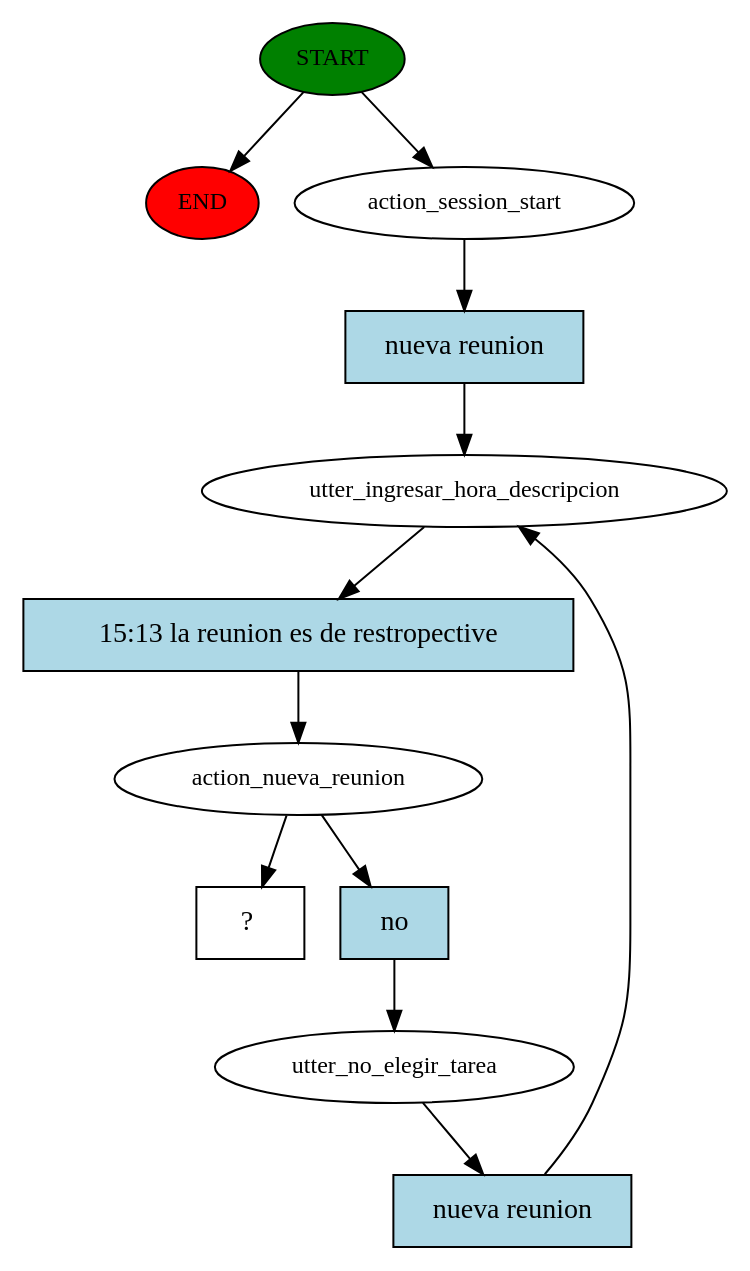
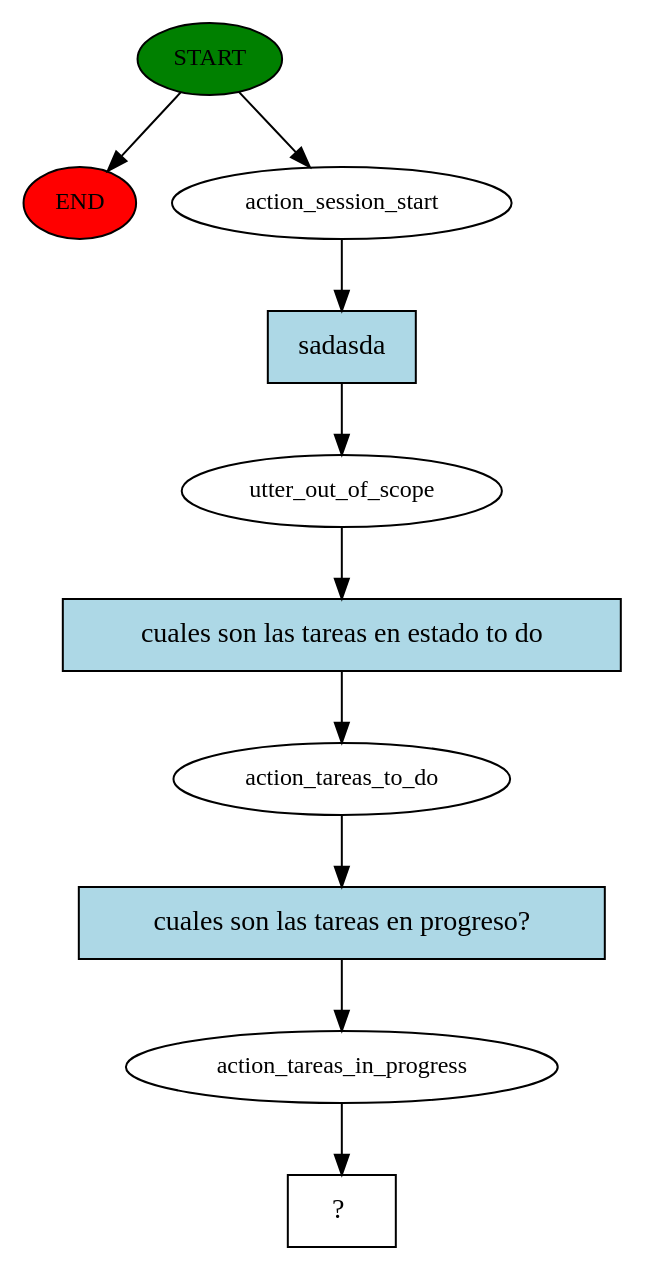
One commit to TinchoLorenzo/chatbot-artemisas-swan changed the diagram in story_graph.dot. Above: the diagram before and after it, drawn with Graphviz. The commit also changed 6 other files, not shown here.

```diff
--- a/story_graph.dot
+++ b/story_graph.dot
@@ -1,24 +1,21 @@
 digraph  {
 0 [class="start active", fillcolor=green, fontsize=12, label=START, style=filled];
 "-1" [class=end, fillcolor=red, fontsize=12, label=END, style=filled];
 1 [class=active, fontsize=12, label=action_session_start];
-2 [class=active, fontsize=12, label=utter_ingresar_hora_descripcion];
-3 [class=active, fontsize=12, label=action_nueva_reunion];
-4 [class=active, fontsize=12, label=utter_no_elegir_tarea];
-7 [class="intent dashed active", label="  ?  ", shape=rect];
-8 [class="intent active", fillcolor=lightblue, label="nueva reunion", shape=rect, style=filled];
-9 [class="intent active", fillcolor=lightblue, label="15:13 la reunion es de restropective", shape=rect, style=filled];
-10 [class="intent active", fillcolor=lightblue, label=no, shape=rect, style=filled];
-11 [class="intent active", fillcolor=lightblue, label="nueva reunion", shape=rect, style=filled];
+2 [class=active, fontsize=12, label=utter_out_of_scope];
+3 [class=active, fontsize=12, label=action_tareas_to_do];
+4 [class=active, fontsize=12, label=action_tareas_in_progress];
+5 [class="intent dashed active", label="  ?  ", shape=rect];
+6 [class="intent active", fillcolor=lightblue, label=sadasda, shape=rect, style=filled];
+7 [class="intent active", fillcolor=lightblue, label="cuales son las tareas en estado to do", shape=rect, style=filled];
+8 [class="intent active", fillcolor=lightblue, label="cuales son las tareas en progreso?", shape=rect, style=filled];
 0 -> "-1"  [class="", key=NONE, label=""];
 0 -> 1  [class=active, key=NONE, label=""];
-1 -> 8  [class=active, key=0];
-2 -> 9  [class=active, key=0];
-3 -> 7  [class=active, key=NONE, label=""];
-3 -> 10  [class=active, key=0];
-4 -> 11  [class=active, key=0];
-8 -> 2  [class=active, key=0];
-9 -> 3  [class=active, key=0];
-10 -> 4  [class=active, key=0];
-11 -> 2  [class=active, key=0];
+1 -> 6  [class=active, key=0];
+2 -> 7  [class=active, key=0];
+3 -> 8  [class=active, key=0];
+4 -> 5  [class=active, key=NONE, label=""];
+6 -> 2  [class=active, key=0];
+7 -> 3  [class=active, key=0];
+8 -> 4  [class=active, key=0];
 }
```
